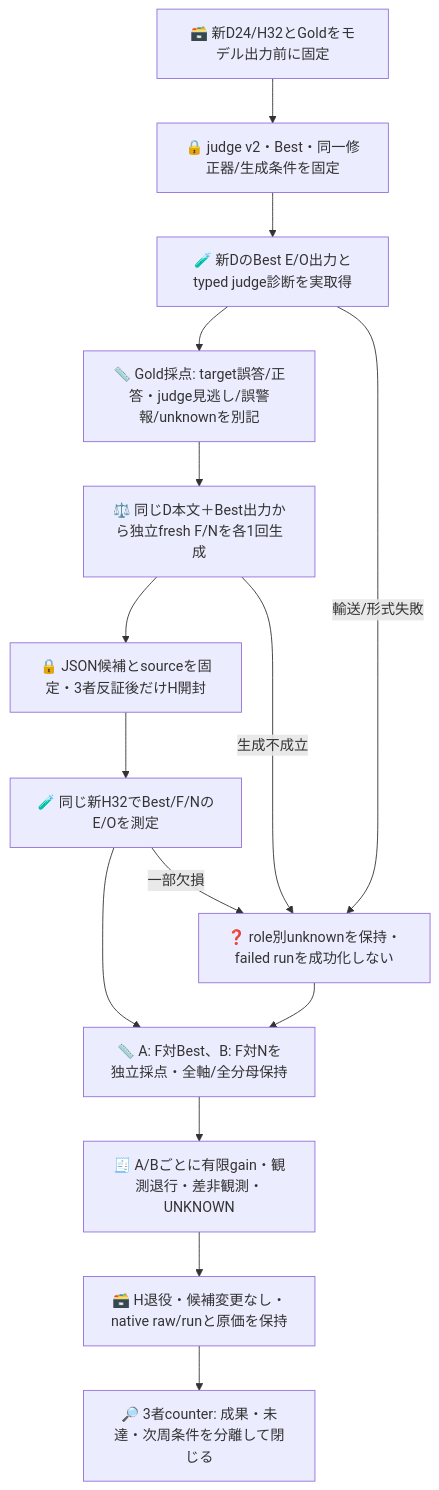
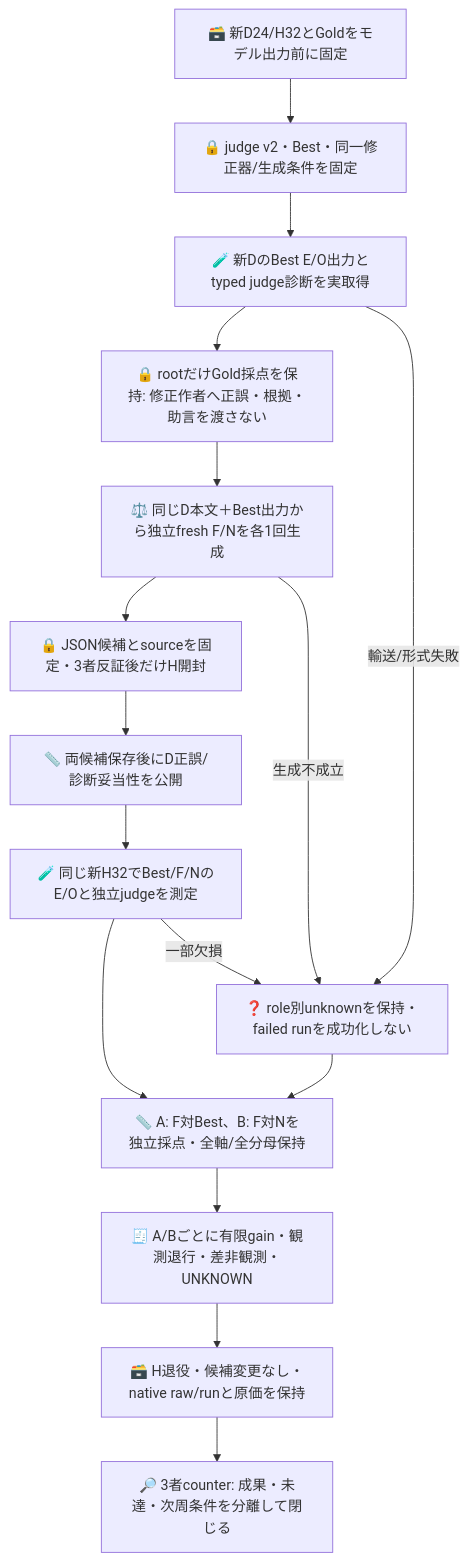
One commit to roccho-org/ops changed the second of 2 diagrams in experiments/sys1-eval-loop/counterfactual/README.md. Above: the diagram before and after it, drawn with Mermaid. The commit also changed other lines of this file and 2 other files, not shown here.

Commit message:
fix(jev): preserve broad E task and blind repair generation

````diff
--- a/experiments/sys1-eval-loop/counterfactual/README.md
+++ b/experiments/sys1-eval-loop/counterfactual/README.md
@@ -43,17 +43,18 @@
 ```mermaid
 flowchart TB
   A["🗃️ 新D24/H32とGoldをモデル出力前に固定"] --> B["🔒 judge v2・Best・同一修正器/生成条件を固定"]
   B --> C["🧪 新DのBest E/O出力とtyped judge診断を実取得"]
-  C --> D["📏 Gold採点: target誤答/正答・judge見逃し/誤警報/unknownを別記"]
+  C --> D["🔒 rootだけGold採点を保持: 修正作者へ正誤・根拠・助言を渡さない"]
   D --> E["⚖️ 同じD本文＋Best出力から独立fresh F/Nを各1回生成"]
   E --> F["🔒 JSON候補とsourceを固定・3者反証後だけH開封"]
-  F --> G["🧪 同じ新H32でBest/F/NのE/Oを測定"]
+  F --> PUBLISH["📏 両候補保存後にD正誤/診断妥当性を公開"]
+  PUBLISH --> G["🧪 同じ新H32でBest/F/NのE/Oと独立judgeを測定"]
   G --> I["📏 A: F対Best、B: F対Nを独立採点・全軸/全分母保持"]
   I --> Q["🧾 A/Bごとに有限gain・観測退行・差非観測・UNKNOWN"]
   Q --> Z["🗃️ H退役・候補変更なし・native raw/runと原価を保持"]
   Z --> T["🔎 3者counter: 成果・未達・次周条件を分離して閉じる"]
   C -->|輸送/形式失敗| P["❓ role別unknownを保持・failed runを成功化しない"]
   E -->|生成不成立| P
   G -->|一部欠損| P
   P --> I
 ```
````
